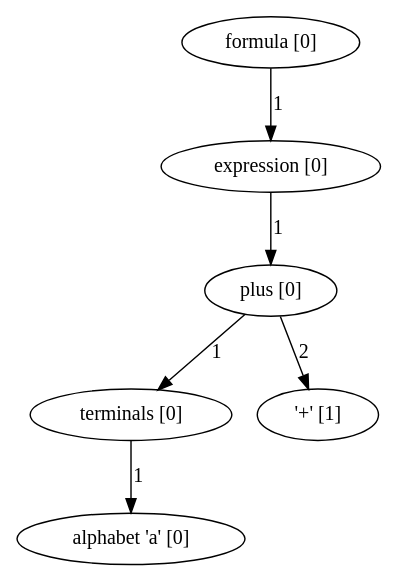
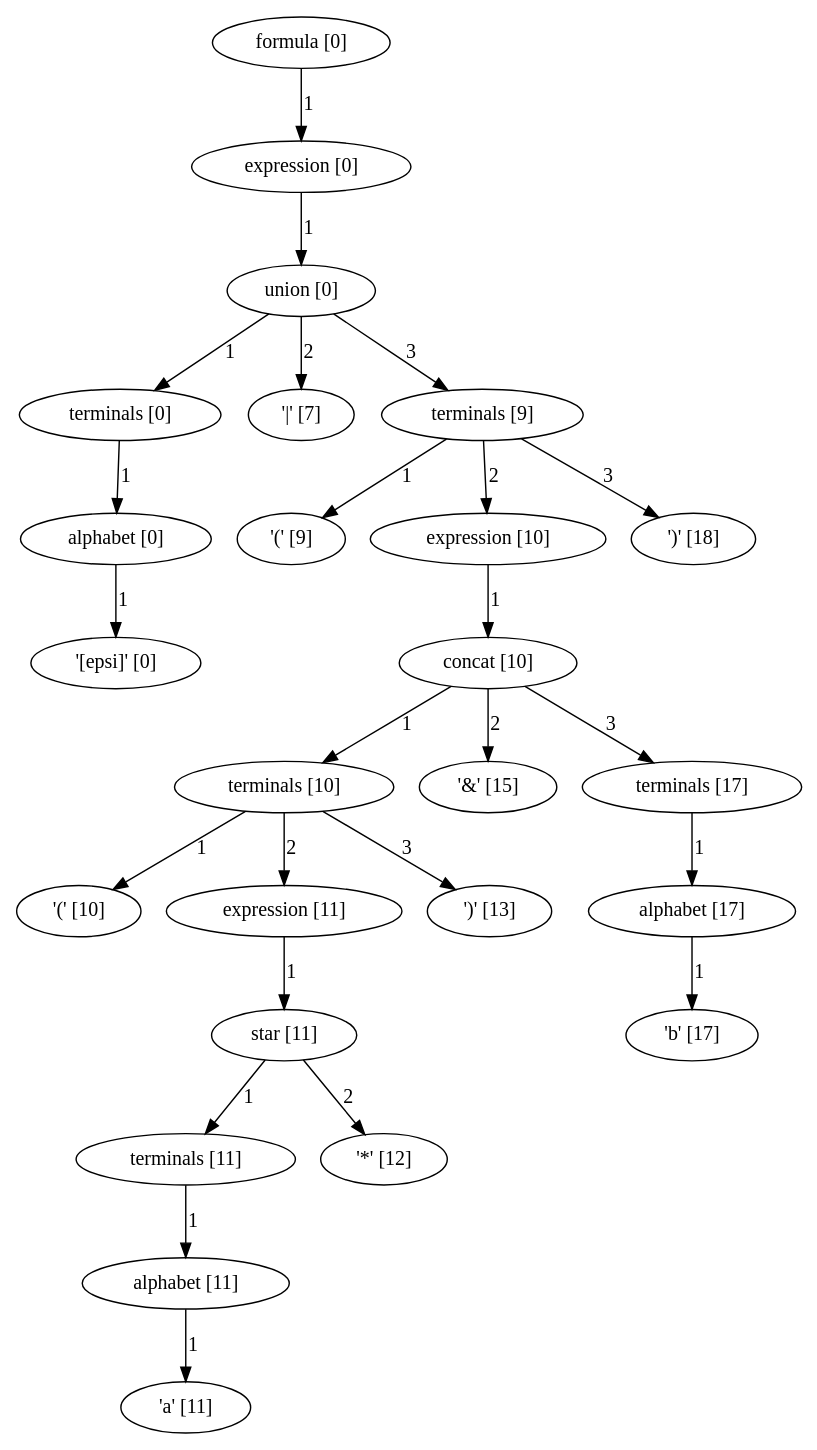
The diagram in formula_parse_tree.dot (yipsimon/DocumentSpanners_MSc), drawn with Graphviz before and after one commit. The commit also changed 8 other files, not shown here.

```diff
--- a/formula_parse_tree.dot
+++ b/formula_parse_tree.dot
@@ -1,18 +1,75 @@
 digraph arpeggio_graph {
-140527960809552 [label="formula [0]"];
-140527960809552->140527980699520 [label="1"]
+140515476327168 [label="formula [0]"];
+140515476327168->140515476327312 [label="1"]
 
-140527980699520 [label="expression [0]"];
-140527980699520->140527980699232 [label="1"]
+140515476327312 [label="expression [0]"];
+140515476327312->140515460551456 [label="1"]
 
-140527980699232 [label="plus [0]"];
-140527980699232->140527980699376 [label="1"]
+140515460551456 [label="union [0]"];
+140515460551456->140515476327600 [label="1"]
 
-140527980699376 [label="terminals [0]"];
-140527980699376->140527960698704 [label="1"]
+140515476327600 [label="terminals [0]"];
+140515476327600->140515476327456 [label="1"]
 
-140527960698704 [label="alphabet 'a' [0]"];
-140527980699232->140527960784000 [label="2"]
+140515476327456 [label="alphabet [0]"];
+140515476327456->140515460438808 [label="1"]
 
-140527960784000 [label=" '+' [1]"];
+140515460438808 [label=" '[epsi]' [0]"];
+140515460551456->140515460490856 [label="2"]
+
+140515460490856 [label=" '|' [7]"];
+140515460551456->140515460551312 [label="3"]
+
+140515460551312 [label="terminals [9]"];
+140515460551312->140515460490976 [label="1"]
+
+140515460490976 [label=" '(' [9]"];
+140515460551312->140515460551168 [label="2"]
+
+140515460551168 [label="expression [10]"];
+140515460551168->140515460551024 [label="1"]
+
+140515460551024 [label="concat [10]"];
+140515460551024->140515476328176 [label="1"]
+
+140515476328176 [label="terminals [10]"];
+140515476328176->140515460491096 [label="1"]
+
+140515460491096 [label=" '(' [10]"];
+140515476328176->140515476328032 [label="2"]
+
+140515476328032 [label="expression [11]"];
+140515476328032->140515476328320 [label="1"]
+
+140515476328320 [label="star [11]"];
+140515476328320->140515476327744 [label="1"]
+
+140515476327744 [label="terminals [11]"];
+140515476327744->140515476327888 [label="1"]
+
+140515476327888 [label="alphabet [11]"];
+140515476327888->140515460491216 [label="1"]
+
+140515460491216 [label=" 'a' [11]"];
+140515476328320->140515460491456 [label="2"]
+
+140515460491456 [label=" '*' [12]"];
+140515476328176->140515460491336 [label="3"]
+
+140515460491336 [label=" ')' [13]"];
+140515460551024->140515460491576 [label="2"]
+
+140515460491576 [label=" '&' [15]"];
+140515460551024->140515460550880 [label="3"]
+
+140515460550880 [label="terminals [17]"];
+140515460550880->140515460550736 [label="1"]
+
+140515460550736 [label="alphabet [17]"];
+140515460550736->140515460491696 [label="1"]
+
+140515460491696 [label=" 'b' [17]"];
+140515460551312->140515460491816 [label="3"]
+
+140515460491816 [label=" ')' [18]"];
 }
```
